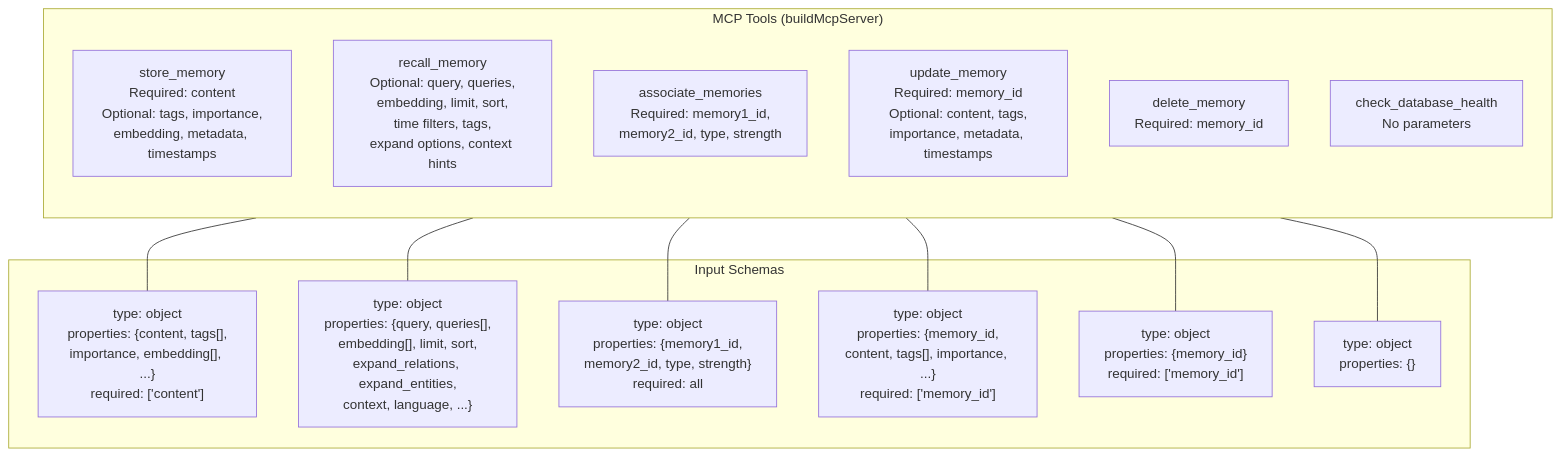
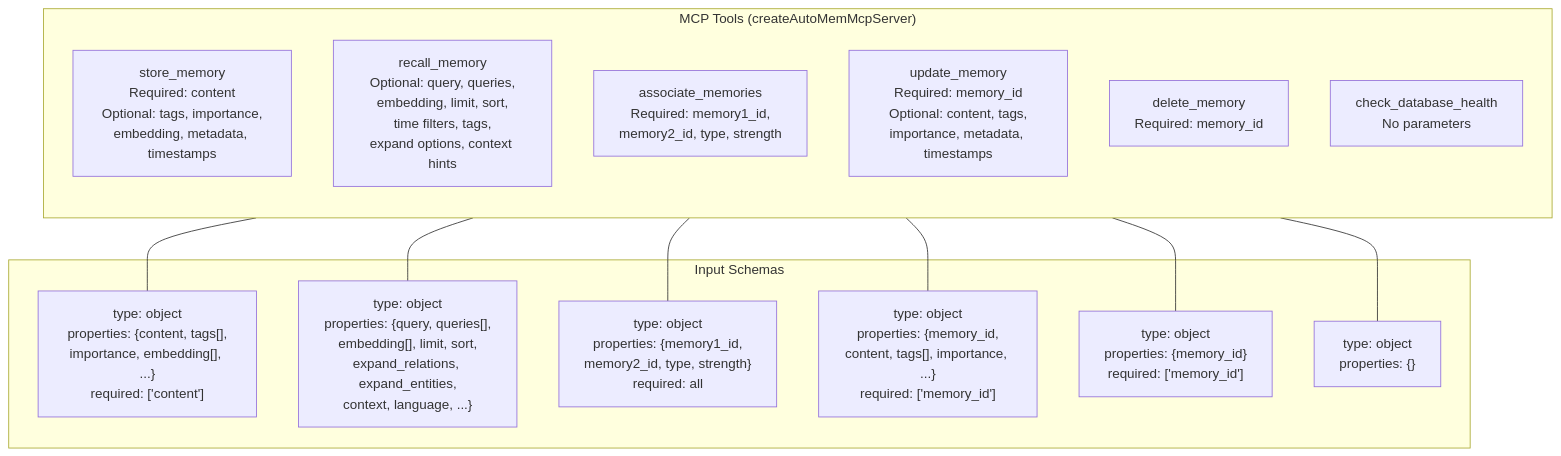
Before and after one commit to verygoodplugins/automem-website: the second of 2 diagrams in src/content/docs/docs/reference/api/direct-vs-mcp.md, drawn with Mermaid. The commit also changed other lines of this file, not shown here.

First line of the commit message:
docs: fix drift in Direct API vs MCP Tools

````diff
--- a/src/content/docs/docs/reference/api/direct-vs-mcp.md
+++ b/src/content/docs/docs/reference/api/direct-vs-mcp.md
@@ -140,29 +142,29 @@
 ```mermaid
 graph TB
-    subgraph tools["MCP Tools (buildMcpServer)"]
+    subgraph tools["MCP Tools (createAutoMemMcpServer)"]
         direction TB
 
         T1["store_memory<br/>Required: content<br/>Optional: tags, importance,<br/>embedding, metadata, timestamps"]
         T2["recall_memory<br/>Optional: query, queries,<br/>embedding, limit, sort,<br/>time filters, tags,<br/>expand options, context hints"]
         T3["associate_memories<br/>Required: memory1_id,<br/>memory2_id, type, strength"]
         T4["update_memory<br/>Required: memory_id<br/>Optional: content, tags,<br/>importance, metadata, timestamps"]
         T5["delete_memory<br/>Required: memory_id"]
         T6["check_database_health<br/>No parameters"]
     end
 
     subgraph schemas["Input Schemas"]
         S1["type: object<br/>properties: {content, tags[],<br/>importance, embedding[], ...}<br/>required: ['content']"]
         S2["type: object<br/>properties: {query, queries[],<br/>embedding[], limit, sort,<br/>expand_relations, expand_entities,<br/>context, language, ...}"]
         S3["type: object<br/>properties: {memory1_id,<br/>memory2_id, type, strength}<br/>required: all"]
         S4["type: object<br/>properties: {memory_id,<br/>content, tags[], importance, ...}<br/>required: ['memory_id']"]
         S5["type: object<br/>properties: {memory_id}<br/>required: ['memory_id']"]
         S6["type: object<br/>properties: {}"]
     end
 
     T1 --- S1
     T2 --- S2
     T3 --- S3
     T4 --- S4
     T5 --- S5
     T6 --- S6
 ```
````
